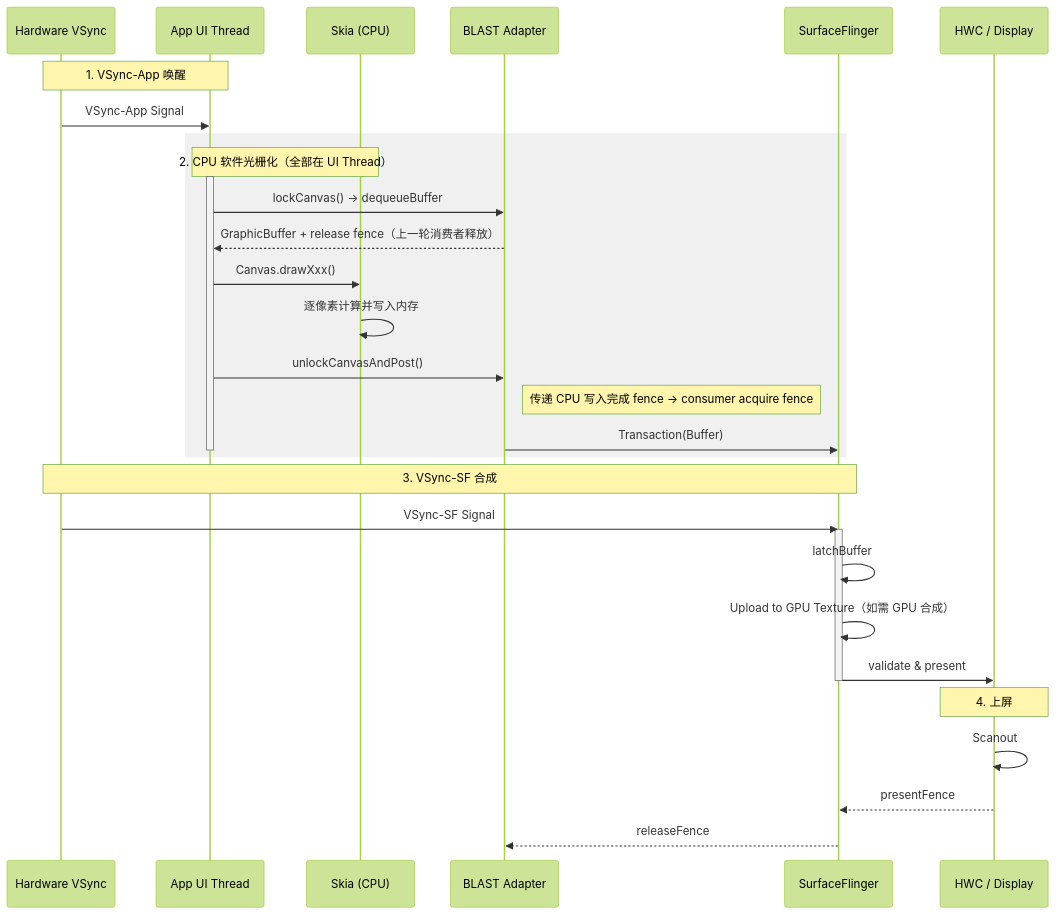
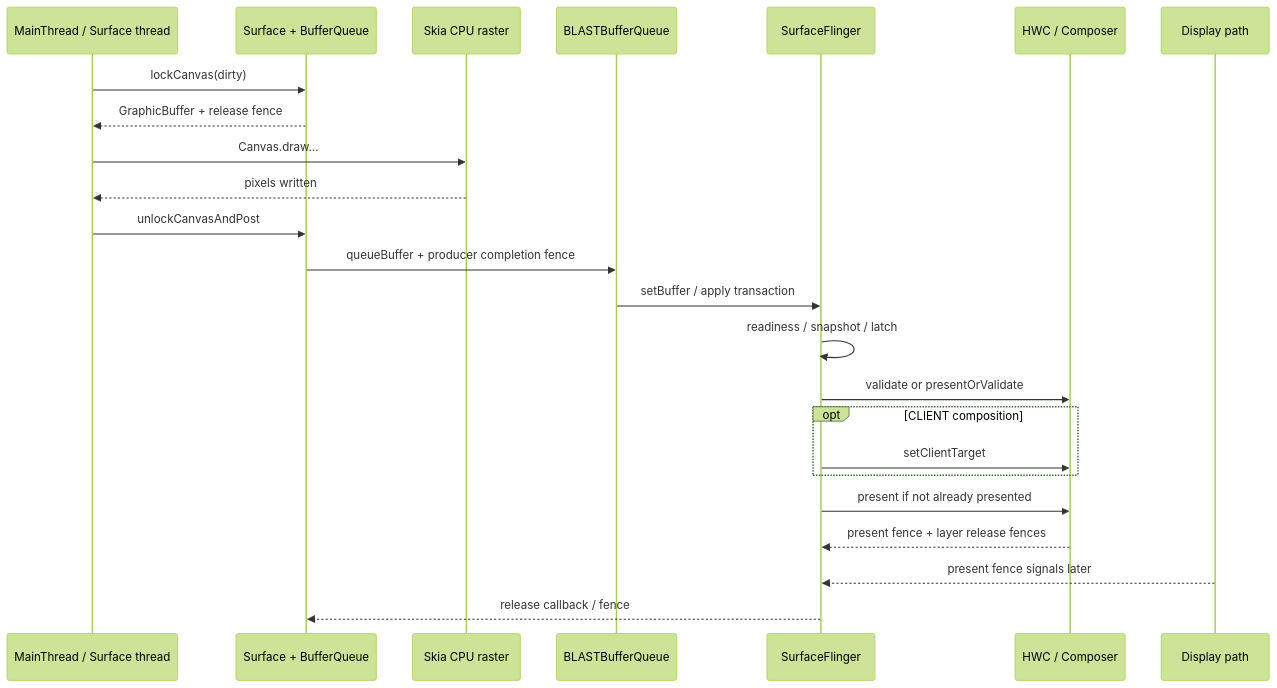
The diagram in src/part2-performance/ch18-rendering-pipelines/03-android-view-software.md (Gracker/android-internals-wiki), drawn with Mermaid (forest theme) before and after one commit. The commit also changed other lines of this file, not shown here.

````diff
--- a/src/part2-performance/ch18-rendering-pipelines/03-android-view-software.md
+++ b/src/part2-performance/ch18-rendering-pipelines/03-android-view-software.md
@@ -142,40 +168,27 @@
 ```mermaid
 sequenceDiagram
-    participant HW as Hardware VSync
-    participant UI as App UI Thread
-    participant CPU as Skia (CPU)
-    participant BBQ as BLAST Adapter
+    participant App as MainThread / Surface thread
+    participant BQ as Surface + BufferQueue
+    participant CPU as Skia CPU raster
+    participant BLAST as BLASTBufferQueue
     participant SF as SurfaceFlinger
-    participant HWC as HWC / Display
+    participant HWC as HWC / Composer
+    participant DD as Display path
 
-    Note over HW, UI: 1. VSync-App 唤醒
-    HW->>UI: VSync-App Signal
-
-    rect rgb(240, 240, 240)
-        Note over UI, CPU: 2. CPU 软件光栅化（全部在 UI Thread）
-        activate UI
-        UI->>BBQ: lockCanvas() → dequeueBuffer
-        BBQ-->>UI: GraphicBuffer + release fence（上一轮消费者释放）
-
-        UI->>CPU: Canvas.drawXxx()
-        CPU->>CPU: 逐像素计算并写入内存
-
-        UI->>BBQ: unlockCanvasAndPost()
-        Note right of BBQ: 传递 CPU 写入完成 fence → consumer acquire fence
-        BBQ->>SF: Transaction(Buffer)
-        deactivate UI
+    App->>BQ: lockCanvas(dirty)
+    BQ-->>App: GraphicBuffer + release fence
+    App->>CPU: Canvas.draw...
+    CPU-->>App: pixels written
+    App->>BQ: unlockCanvasAndPost
+    BQ->>BLAST: queueBuffer + producer completion fence
+    BLAST->>SF: setBuffer / apply transaction
+    SF->>SF: readiness / snapshot / latch
+    SF->>HWC: validate or presentOrValidate
+    opt CLIENT composition
+        SF->>HWC: setClientTarget
     end
-
-    Note over HW, SF: 3. VSync-SF 合成
-    HW->>SF: VSync-SF Signal
-    activate SF
-    SF->>SF: latchBuffer
-    SF->>SF: Upload to GPU Texture（如需 GPU 合成）
-    SF->>HWC: validate & present
-    deactivate SF
-
-    Note over HWC: 4. 上屏
-    HWC->>HWC: Scanout
-    HWC-->>SF: presentFence
-    SF-->>BBQ: releaseFence
+    SF->>HWC: present if not already presented
+    HWC-->>SF: present fence + layer release fences
+    DD-->>SF: present fence signals later
+    SF-->>BQ: release callback / fence
 ```
````
